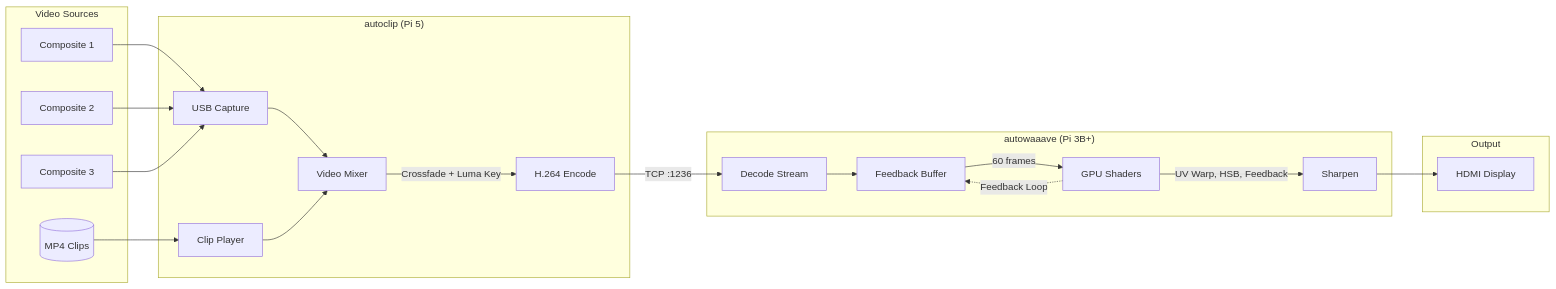
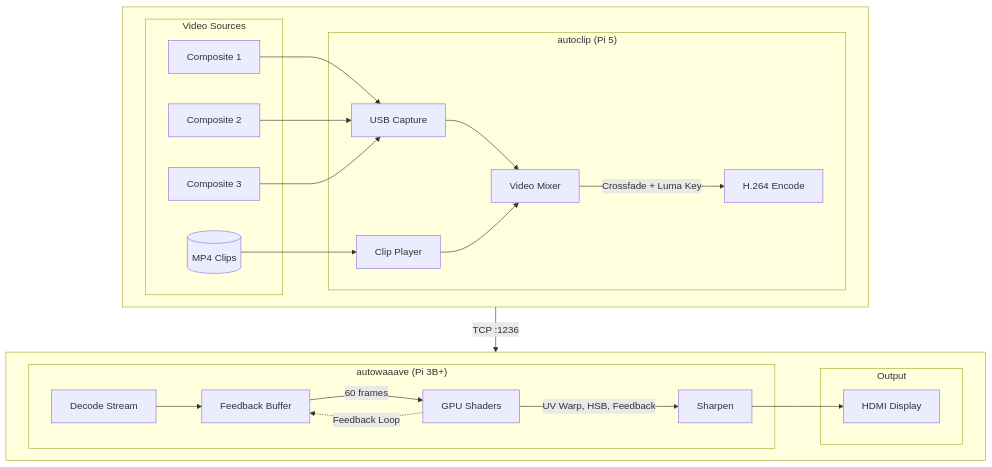
One commit to huviagadi/autoeyez changed the second of 2 diagrams in README.md. Above: the diagram before and after it, drawn with Mermaid.

Commit message:
Rearrange signal flow diagram to 2x2 grid layout
- Sources + autoclip on top row
- autowaaave + Output on bottom row
- More compact display

````diff
--- a/README.md
+++ b/README.md
@@ -73,43 +73,49 @@
 ```mermaid
-flowchart LR
-    subgraph sources["Video Sources"]
-        COMP1[Composite 1]
-        COMP2[Composite 2]
-        COMP3[Composite 3]
-        CLIPS[(MP4 Clips)]
+flowchart TB
+    subgraph row1[" "]
+        direction LR
+        subgraph sources["Video Sources"]
+            COMP1[Composite 1]
+            COMP2[Composite 2]
+            COMP3[Composite 3]
+            CLIPS[(MP4 Clips)]
+        end
+
+        subgraph autoclip["autoclip (Pi 5)"]
+            CAP[USB Capture]
+            PLAY[Clip Player]
+            MIX[Video Mixer]
+            ENC[H.264 Encode]
+        end
     end
 
-    subgraph autoclip["autoclip (Pi 5)"]
-        CAP[USB Capture]
-        PLAY[Clip Player]
-        MIX[Video Mixer]
-        ENC[H.264 Encode]
-    end
+    subgraph row2[" "]
+        direction LR
+        subgraph autowaaave["autowaaave (Pi 3B+)"]
+            DEC[Decode Stream]
+            FB[Feedback Buffer]
+            SHADER[GPU Shaders]
+            SHARP[Sharpen]
+        end
 
-    subgraph autowaaave["autowaaave (Pi 3B+)"]
-        DEC[Decode Stream]
-        FB[Feedback Buffer]
-        SHADER[GPU Shaders]
-        SHARP[Sharpen]
-    end
-
-    subgraph output["Output"]
-        HDMI[HDMI Display]
+        subgraph output["Output"]
+            HDMI[HDMI Display]
+        end
     end
 
     COMP1 --> CAP
     COMP2 --> CAP
     COMP3 --> CAP
     CLIPS --> PLAY
 
     CAP --> MIX
     PLAY --> MIX
     MIX -->|Crossfade + Luma Key| ENC
     ENC -->|TCP :1236| DEC
 
     DEC --> FB
     FB -->|60 frames| SHADER
     SHADER -->|UV Warp, HSB, Feedback| SHARP
     SHARP --> HDMI
     SHADER -.->|Feedback Loop| FB
 ```
````
